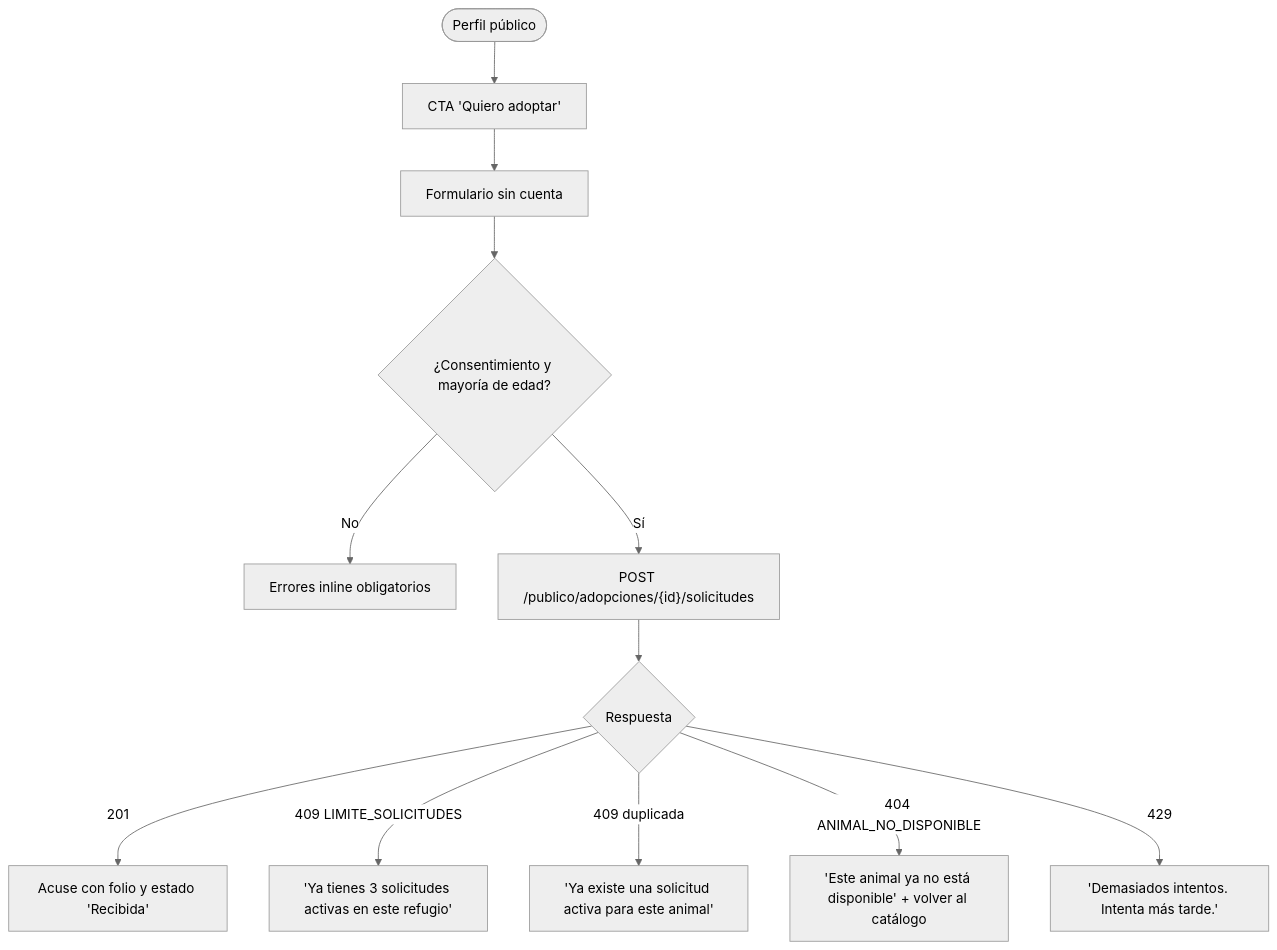
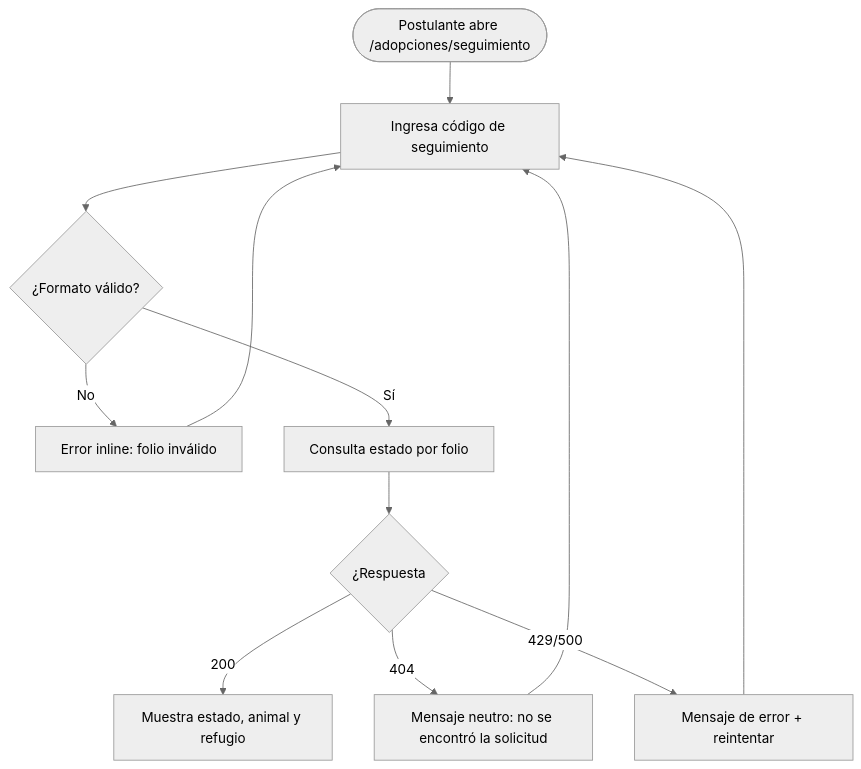
Before and after one commit to thespacio/pixkki: the fourth of 4 diagrams in docs/features/ui-ux/requerimiento-05-portal-adopciones-ui-ux.md, drawn with Mermaid (neutral theme). The commit also changed other lines of this file and 112 other files, not shown here.

````diff
--- a/docs/features/ui-ux/requerimiento-05-portal-adopciones-ui-ux.md
+++ b/docs/features/ui-ux/requerimiento-05-portal-adopciones-ui-ux.md
@@ -65,14 +230,14 @@
 ```mermaid
 flowchart TD
-    A(["Perfil público"]) --> B["CTA 'Quiero adoptar'"]
-    B --> C["Formulario sin cuenta"]
-    C --> D{"¿Consentimiento y mayoría de edad?"}
-    D -- "No" --> D1["Errores inline obligatorios"]
-    D -- "Sí" --> E["POST /publico/adopciones/{id}/solicitudes"]
-    E --> F{"Respuesta"}
-    F -- "201" --> G["Acuse con folio y estado 'Recibida'"]
-    F -- "409 LIMITE_SOLICITUDES" --> H["'Ya tienes 3 solicitudes activas en este refugio'"]
-    F -- "409 duplicada" --> I["'Ya existe una solicitud activa para este animal'"]
-    F -- "404 ANIMAL_NO_DISPONIBLE" --> J["'Este animal ya no está disponible' + volver al catálogo"]
-    F -- "429" --> K["'Demasiados intentos. Intenta más tarde.'"]
+    A([Postulante abre /adopciones/seguimiento]) --> B[Ingresa código de seguimiento]
+    B --> C{¿Formato válido?}
+    C -- No --> C1[Error inline: folio inválido]
+    C1 --> B
+    C -- Sí --> D[Consulta estado por folio]
+    D --> E{¿Respuesta}
+    E -- 200 --> F[Muestra estado, animal y refugio]
+    E -- 404 --> G[Mensaje neutro: no se encontró la solicitud]
+    G --> B
+    E -- 429/500 --> H[Mensaje de error + reintentar]
+    H --> B
 ```
````
